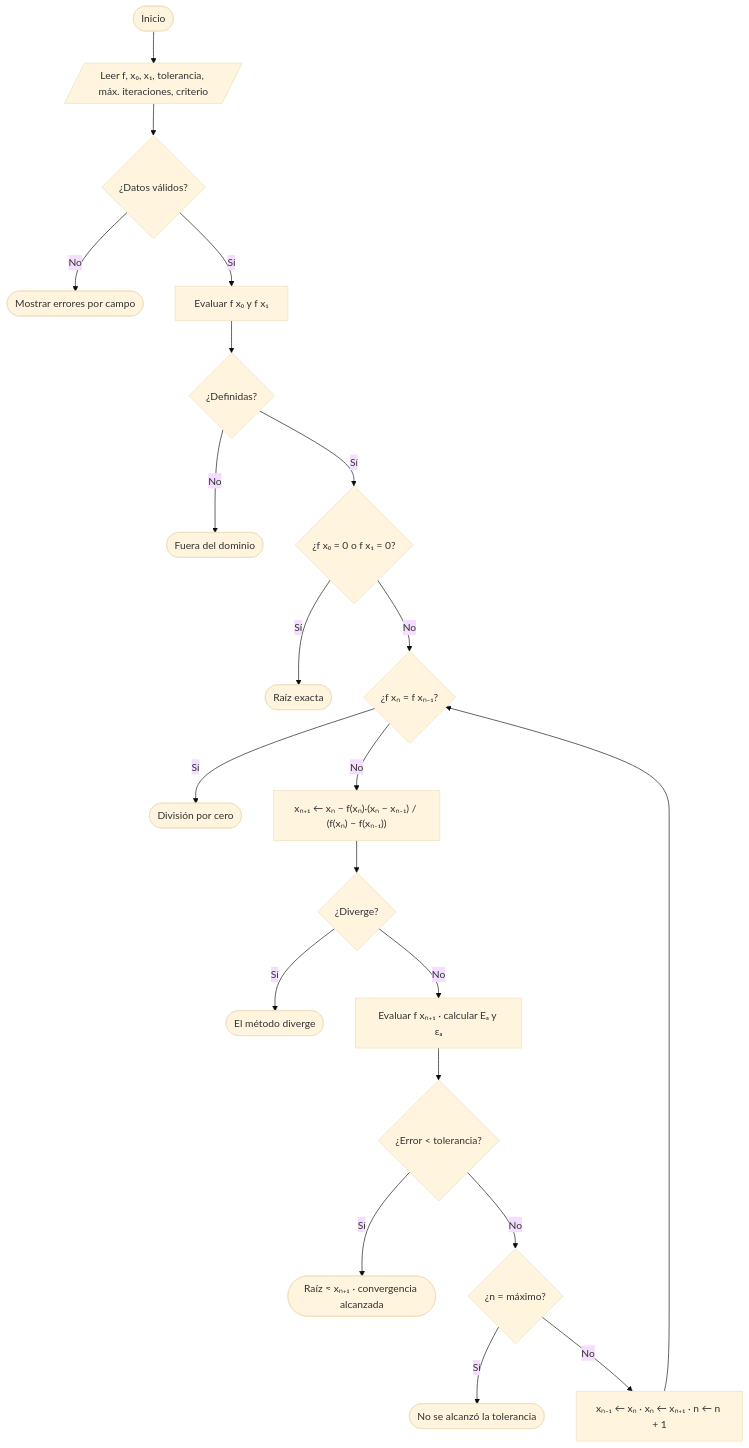
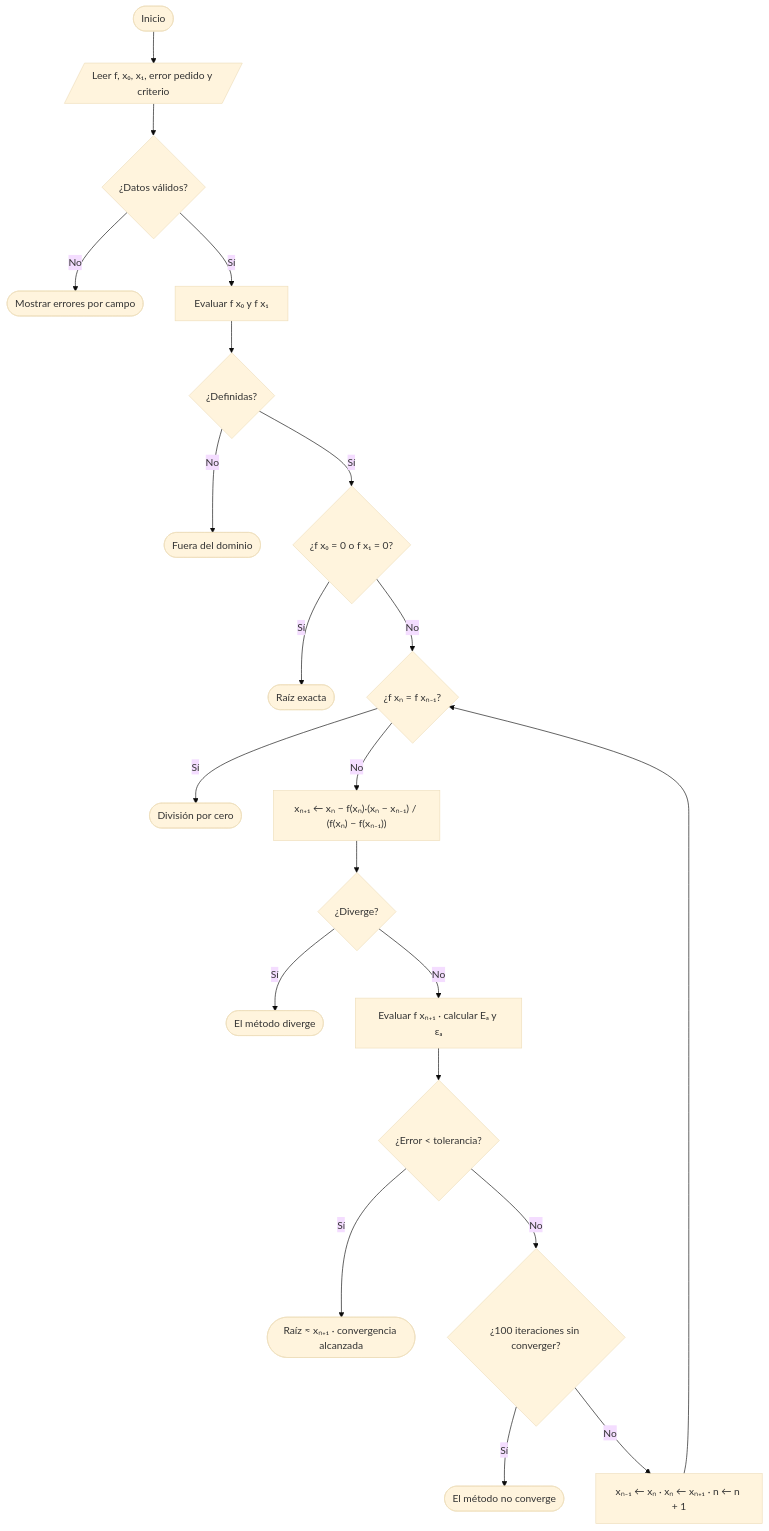
One commit to hectortigoza/matematica-trabajo-practico-metodo-secante-4to-semestre changed the first of 2 diagrams in docs/DOCUMENTACION_TECNICA.md. Above: the diagram before and after it, drawn with Mermaid (base theme). The commit also changed other lines of this file and 17 other files, not shown here.

First line of the commit message:
Simplificar la página de inicio: tabla y comparativa del error

````diff
--- a/docs/DOCUMENTACION_TECNICA.md
+++ b/docs/DOCUMENTACION_TECNICA.md
@@ -112,23 +112,23 @@
 ```mermaid
 flowchart TD
-    A([Inicio]) --> B[/Leer f, x₀, x₁, tolerancia, máx. iteraciones, criterio/]
+    A([Inicio]) --> B[/Leer f, x₀, x₁, error pedido y criterio/]
     B --> V{¿Datos válidos?}
     V -- No --> VE([Mostrar errores por campo])
     V -- Sí --> C[Evaluar f x₀ y f x₁]
     C --> D{¿Definidas?}
     D -- No --> DE([Fuera del dominio])
     D -- Sí --> E{¿f x₀ = 0 o f x₁ = 0?}
     E -- Sí --> EE([Raíz exacta])
     E -- No --> G{¿f xₙ = f xₙ₋₁?}
     G -- Sí --> GE([División por cero])
     G -- No --> H["xₙ₊₁ ← xₙ − f(xₙ)·(xₙ − xₙ₋₁) / (f(xₙ) − f(xₙ₋₁))"]
     H --> I{¿Diverge?}
     I -- Sí --> IE([El método diverge])
     I -- No --> J[Evaluar f xₙ₊₁ · calcular Eₐ y εₐ]
     J --> K{¿Error < tolerancia?}
     K -- Sí --> KE([Raíz ≈ xₙ₊₁ · convergencia alcanzada])
-    K -- No --> L{¿n = máximo?}
-    L -- Sí --> LE([No se alcanzó la tolerancia])
+    K -- No --> L{¿100 iteraciones sin converger?}
+    L -- Sí --> LE([El método no converge])
     L -- No --> M[xₙ₋₁ ← xₙ · xₙ ← xₙ₊₁ · n ← n + 1]
     M --> G
 ```
````
